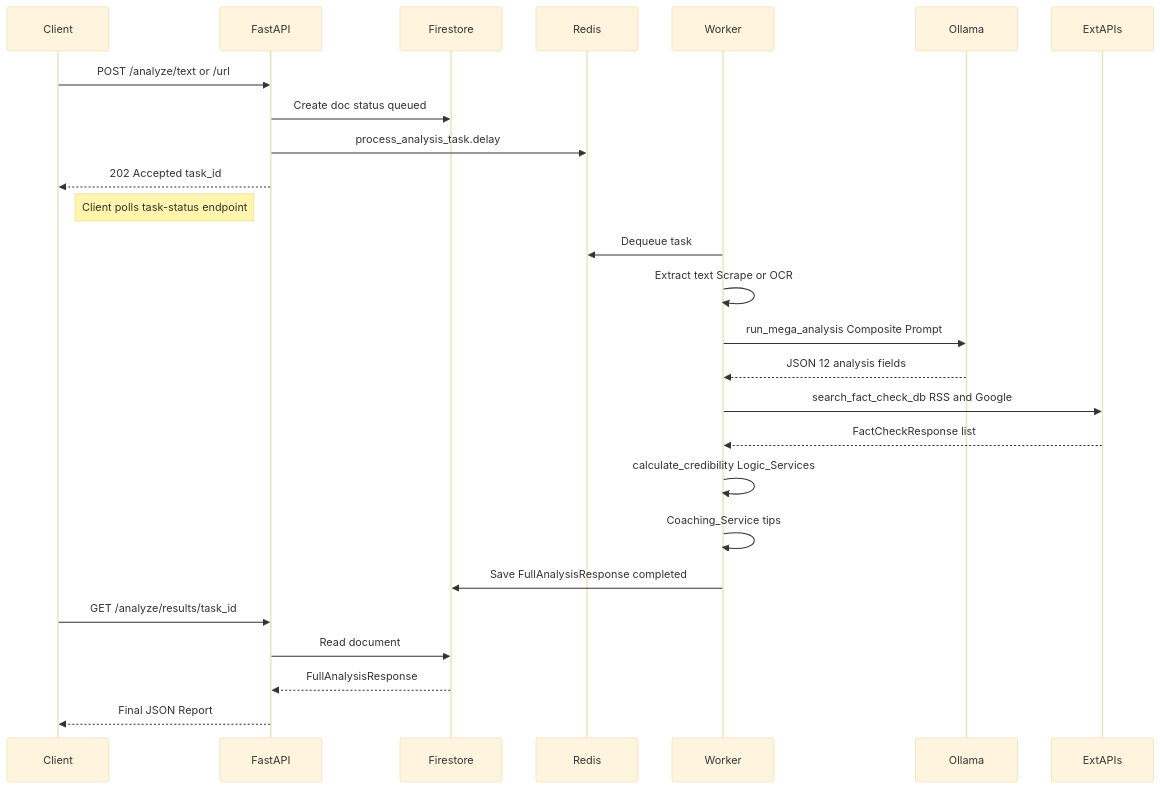
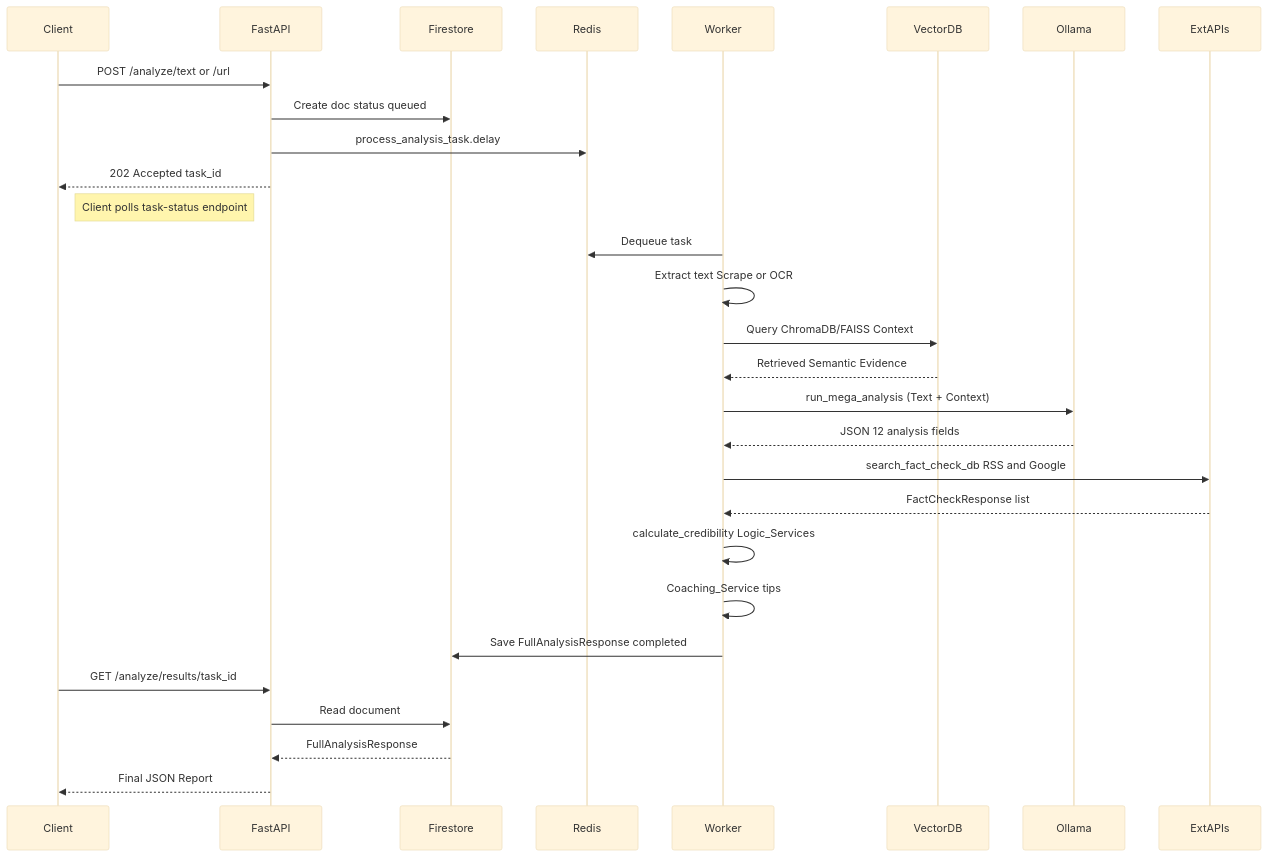
The fourth of 10 diagrams in README.MD (majd102-p/TruthLens-AI-Credibility-Platform), drawn with Mermaid (base theme) before and after one commit. The commit also changed other lines of this file, not shown here.

````diff
--- a/README.MD
+++ b/README.MD
@@ -293,32 +312,35 @@
 ```mermaid
 sequenceDiagram
     participant Client
     participant FastAPI
     participant Firestore
     participant Redis
     participant Worker
+    participant VectorDB
     participant Ollama
     participant ExtAPIs
 
     Client->>FastAPI: POST /analyze/text or /url
     FastAPI->>Firestore: Create doc status queued
     FastAPI->>Redis: process_analysis_task.delay
     FastAPI-->>Client: 202 Accepted task_id
 
     Note right of Client: Client polls task-status endpoint
 
     Worker->>Redis: Dequeue task
     Worker->>Worker: Extract text Scrape or OCR
-    Worker->>Ollama: run_mega_analysis Composite Prompt
+    Worker->>VectorDB: Query ChromaDB/FAISS Context
+    VectorDB-->>Worker: Retrieved Semantic Evidence
+    Worker->>Ollama: run_mega_analysis (Text + Context)
     Ollama-->>Worker: JSON 12 analysis fields
     Worker->>ExtAPIs: search_fact_check_db RSS and Google
     ExtAPIs-->>Worker: FactCheckResponse list
     Worker->>Worker: calculate_credibility Logic_Services
     Worker->>Worker: Coaching_Service tips
     Worker->>Firestore: Save FullAnalysisResponse completed
 
     Client->>FastAPI: GET /analyze/results/task_id
     FastAPI->>Firestore: Read document
     Firestore-->>FastAPI: FullAnalysisResponse
     FastAPI-->>Client: Final JSON Report
 ```
````
